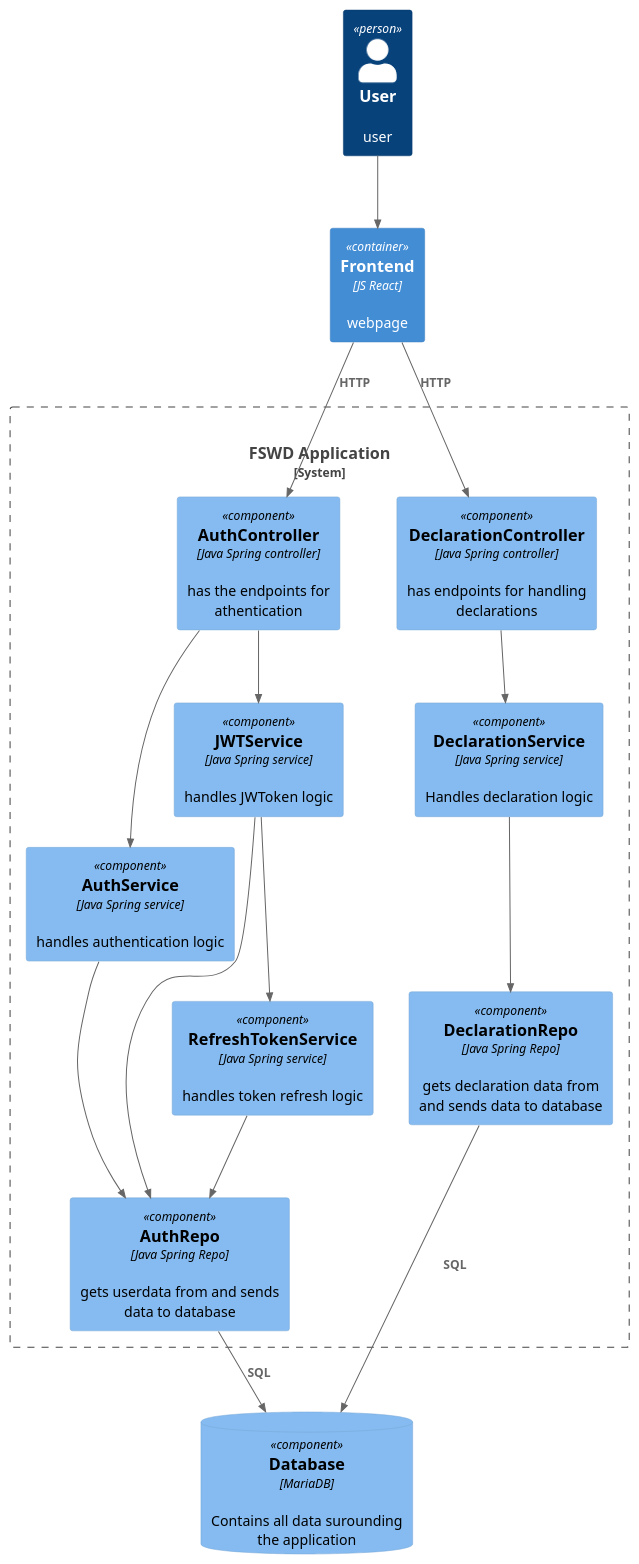
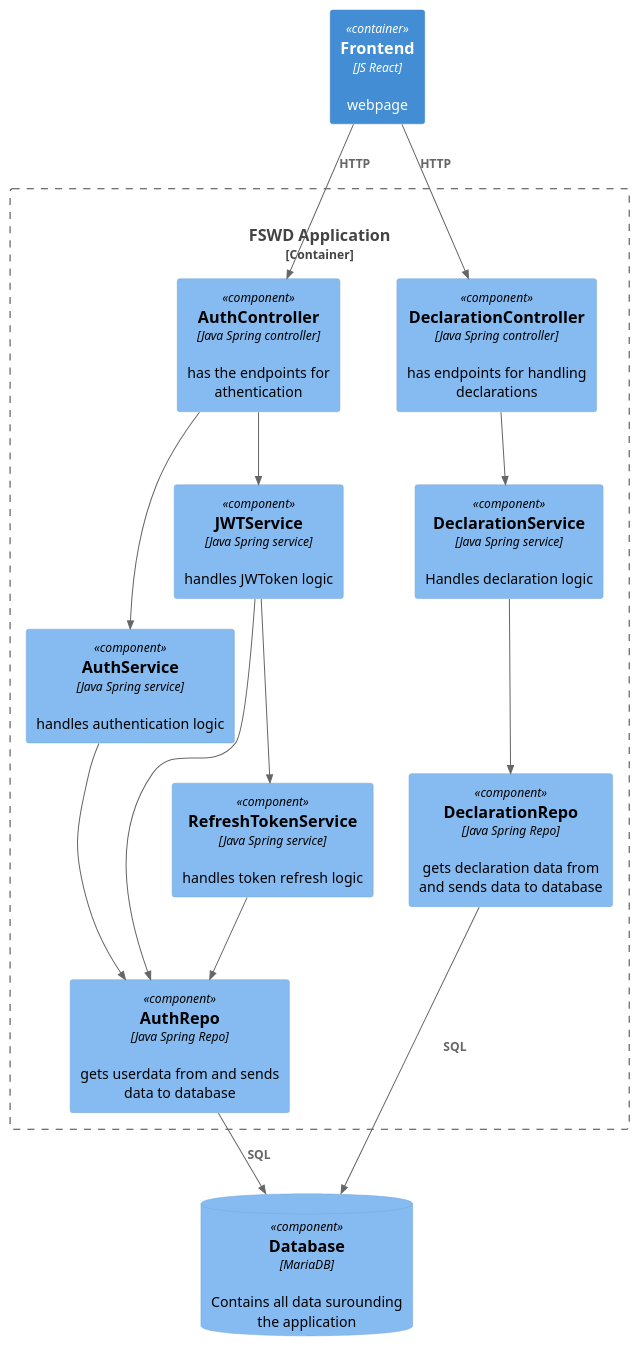
The diagram in Les-Opdrachten/Week-2/Les-1/Container-diagram-FSWD.puml (AIM-ENE-feb25/triptop-groep-b1), drawn with PlantUML before and after one commit. The commit also changed 2 other files, not shown here.

```diff
--- a/Les-Opdrachten/Week-2/Les-1/Container-diagram-FSWD.puml
+++ b/Les-Opdrachten/Week-2/Les-1/Container-diagram-FSWD.puml
@@ -1,38 +1,37 @@
 @startuml
 !include https://raw.githubusercontent.com/plantuml-stdlib/C4-PlantUML/master/C4_Component.puml
 !include <C4/C4>
 !include <C4/C4_Context>
 !include <C4/C4_Container>
 !include <C4/C4_Component>
 
-Person(User, "User", "user")
+
 Container(Frontend, "Frontend", "JS React", "webpage")
-System_Boundary(System, "FSWD Application"){
+Container_Boundary(System, "FSWD Application"){
 Component(AuthController, "AuthController", "Java Spring controller", "has the endpoints for athentication")
 Component(DeclarationController, "DeclarationController","Java Spring controller", "has endpoints for handling declarations")
 Component(AuthService, "AuthService", "Java Spring service", handles authentication logic)
 Component(DeclarationService, "DeclarationService","Java Spring service", "Handles declaration logic")
 Component(JWTService, "JWTService", "Java Spring service","handles JWToken logic")
 Component(RefreshTokenService, "RefreshTokenService", "Java Spring service","handles token refresh logic")
 Component(DeclarationRepo, "DeclarationRepo","Java Spring Repo", "gets declaration data from and sends data to database")
 Component(AuthRepo, "AuthRepo","Java Spring Repo", "gets userdata from and sends data to database")
 }
 ComponentDb(Database, "Database", "MariaDB", "Contains all data surounding the application")
 
-Rel(User, Frontend, "")
 Rel(Frontend, AuthController, "HTTP")
 Rel(Frontend, DeclarationController, "HTTP")
 Rel(AuthController, AuthService, "")
 Rel(AuthController, "JWTService", "")
 Rel(DeclarationController, DeclarationService, "")
 Rel(JWTService, RefreshTokenService, "")
 Rel(DeclarationService, DeclarationRepo, "")
 Rel(AuthService, AuthRepo, "")
 Rel(AuthRepo, Database, "SQL")
 Rel(DeclarationRepo, Database, "SQL")
 Rel(RefreshTokenService, "AuthRepo", "")
 Rel(JWTService, AuthRepo, "")
 
 
 
 @enduml
```
